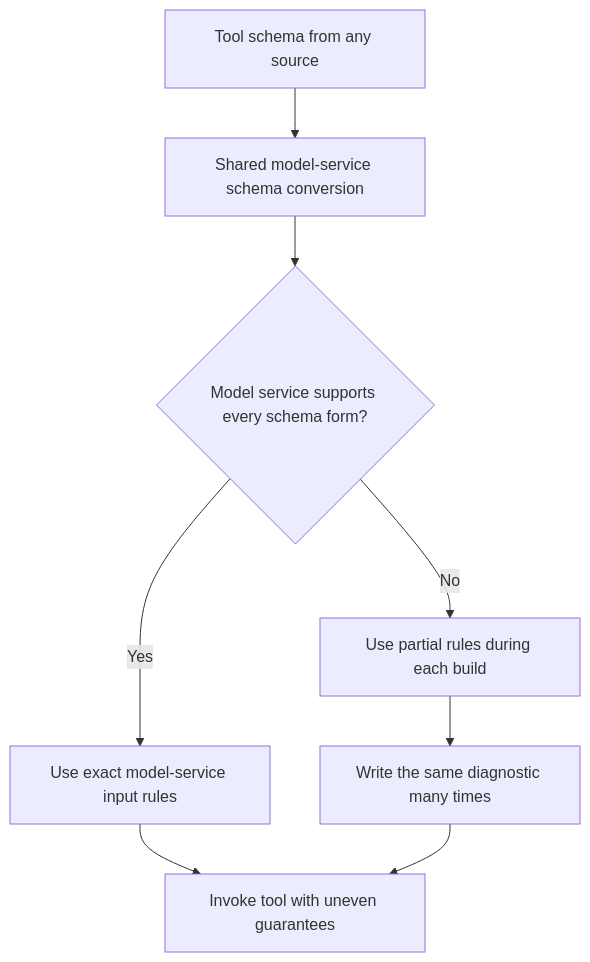
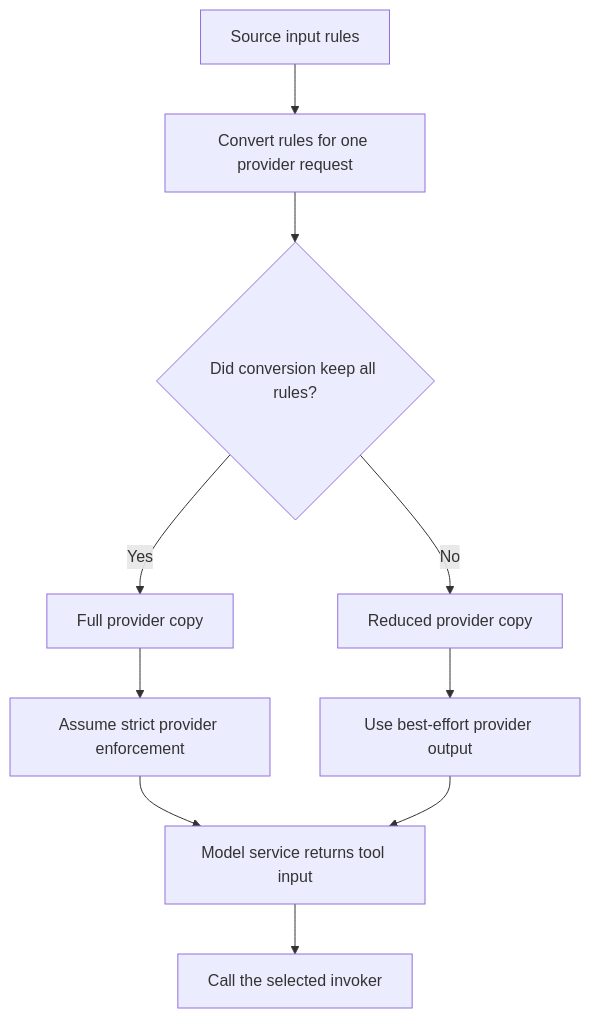
Diagram 23 of 27 in docs/superpowers/plans/2026-08-08-noema-practical-reliability-roadmap.md (kpsuperplane/Noema), drawn with Mermaid before and after one commit. The commit also changed other lines of this file, not shown here.

Commit message:
docs: correct tool schema reliability plan

````diff
--- a/docs/superpowers/plans/2026-08-08-noema-practical-reliability-roadmap.md
+++ b/docs/superpowers/plans/2026-08-08-noema-practical-reliability-roadmap.md
@@ -1185,14 +1253,17 @@
 ```mermaid
 flowchart TD
-    A["Tool schema from any source"]
-    B["Shared model-service schema conversion"]
-    C{"Model service supports every schema form?"}
-    D["Use exact model-service input rules"]
-    E["Use partial rules during each build"]
-    F["Write the same diagnostic many times"]
-    G["Invoke tool with uneven guarantees"]
+    A["Source input rules"]
+    B["Convert rules for one provider request"]
+    C{"Did conversion keep all rules?"}
+    D["Full provider copy"]
+    E["Reduced provider copy"]
+    F["Assume strict provider enforcement"]
+    G["Use best-effort provider output"]
+    H["Model service returns tool input"]
+    I["Call the selected invoker"]
 
     A --> B --> C
-    C -->|Yes| D --> G
-    C -->|No| E --> F --> G
+    C -->|Yes| D --> F --> H
+    C -->|No| E --> G --> H
+    H --> I
 ```
````
